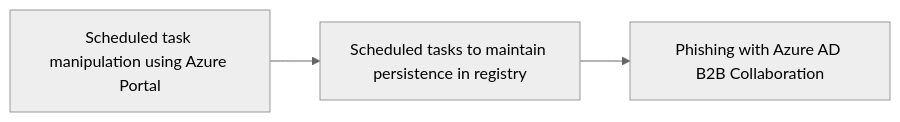
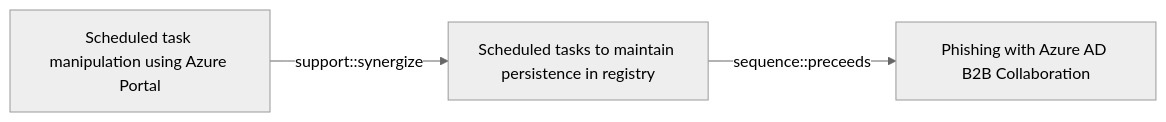
Before and after one commit to opentidehq/library: the diagram in docs/threats/scheduled-task-manipulation-using-azure-portal.md, drawn with Mermaid (neutral theme). The commit also changed other lines of this file and 277 other files, not shown here.

````diff
--- a/docs/threats/scheduled-task-manipulation-using-azure-portal.md
+++ b/docs/threats/scheduled-task-manipulation-using-azure-portal.md
@@ -60,8 +94,8 @@
 ```mermaid
 flowchart LR
 437a43b9_6344_45a9_915b_d733d23173ae["Scheduled task manipulation using Azure Portal"]
 5e66f826_4c4b_4357_b9c5_2f40da207f34["Scheduled tasks to maintain persistence in registry"]
 f9a6f927_d08c_40c1_85af_01331c471def["Phishing with Azure AD B2B Collaboration"]
-437a43b9_6344_45a9_915b_d733d23173ae --> 5e66f826_4c4b_4357_b9c5_2f40da207f34
-5e66f826_4c4b_4357_b9c5_2f40da207f34 --> f9a6f927_d08c_40c1_85af_01331c471def
+437a43b9_6344_45a9_915b_d733d23173ae -->|support::synergize| 5e66f826_4c4b_4357_b9c5_2f40da207f34
+5e66f826_4c4b_4357_b9c5_2f40da207f34 -->|sequence::preceeds| f9a6f927_d08c_40c1_85af_01331c471def
 ```
````
